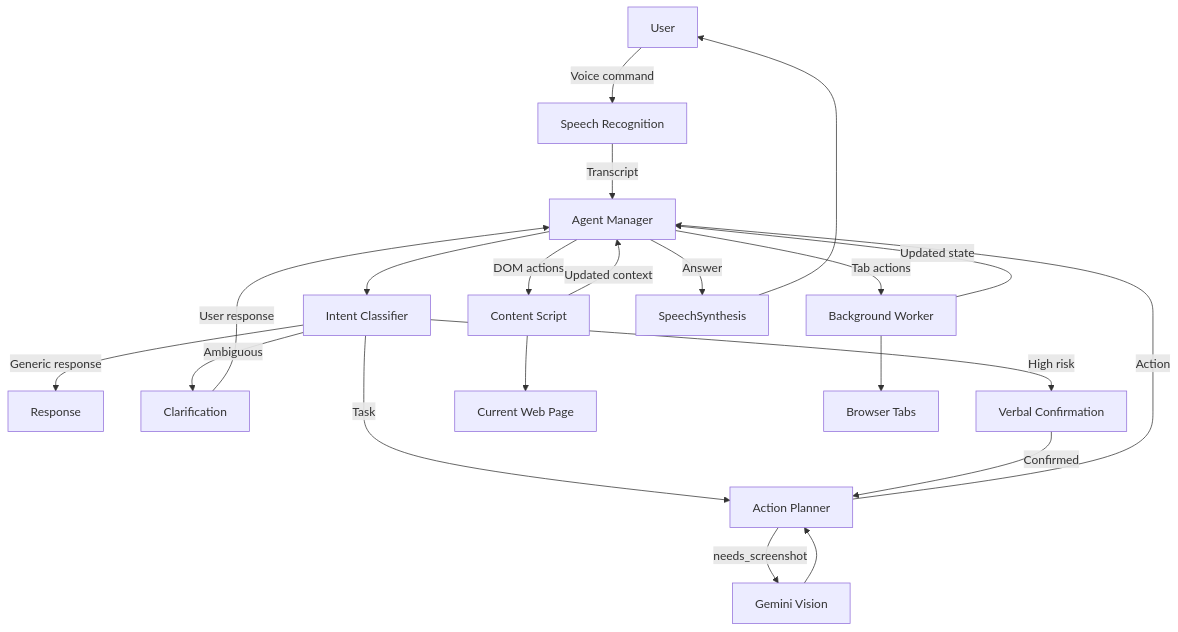
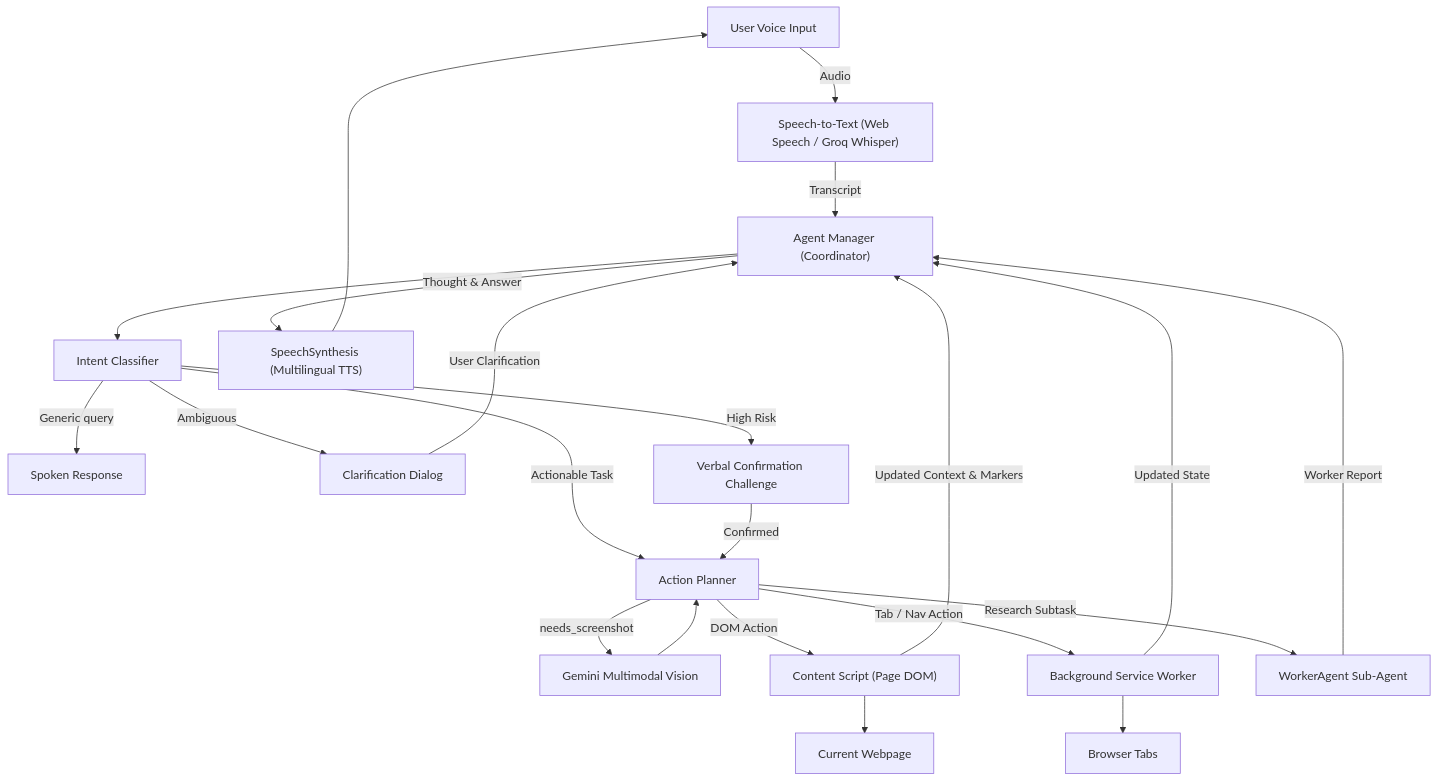
One commit to amog2404-glitch/ANVORA changed the diagram in README.md. Above: the diagram before and after it, drawn with Mermaid. The commit also changed other lines of this file and 66 other files, not shown here.

````diff
--- a/README.md
+++ b/README.md
@@ -36,33 +55,31 @@
 ```mermaid
 flowchart TD
-    U["User"] -->|Voice command| STT["Speech Recognition"]
-
-    STT -->|Transcript| AM["Agent Manager"]
+    U["User Voice Input"] -->|Audio| STT["Speech-to-Text (Web Speech / Groq Whisper)"]
+    STT -->|Transcript| AM["Agent Manager (Coordinator)"]
 
     AM --> CLS["Intent Classifier"]
+    CLS -->|Generic query| RESP["Spoken Response"]
+    CLS -->|Ambiguous| ASK["Clarification Dialog"]
+    CLS -->|High Risk| CONF["Verbal Confirmation Challenge"]
+    CLS -->|Actionable Task| PLAN["Action Planner"]
 
-    CLS -->|Generic response| RESP["Response"]
-    CLS -->|Ambiguous| ASK["Clarification"]
-    CLS -->|High risk| CONF["Verbal Confirmation"]
-    CLS -->|Task| PLAN["Action Planner"]
-
-    ASK -->|User response| AM
+    ASK -->|User Clarification| AM
     CONF -->|Confirmed| PLAN
 
-    PLAN -->|needs_screenshot| VISION["Gemini Vision"]
+    PLAN -->|needs_screenshot| VISION["Gemini Multimodal Vision"]
     VISION --> PLAN
 
-    PLAN -->|Action| AM
+    PLAN -->|DOM Action| CS["Content Script (Page DOM)"]
+    PLAN -->|Tab / Nav Action| BG["Background Service Worker"]
+    PLAN -->|Research Subtask| WA["WorkerAgent Sub-Agent"]
 
-    AM -->|DOM actions| CS["Content Script"]
-    AM -->|Tab actions| BG["Background Worker"]
-
-    CS --> PAGE["Current Web Page"]
+    CS --> PAGE["Current Webpage"]
     BG --> TABS["Browser Tabs"]
 
-    CS -->|Updated context| AM
-    BG -->|Updated state| AM
+    CS -->|Updated Context & Markers| AM
+    BG -->|Updated State| AM
+    WA -->|Worker Report| AM
 
-    AM -->|Answer| TTS["SpeechSynthesis"]
+    AM -->|Thought & Answer| TTS["SpeechSynthesis (Multilingual TTS)"]
     TTS --> U
 ```
````
